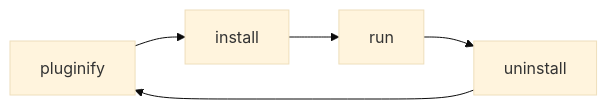
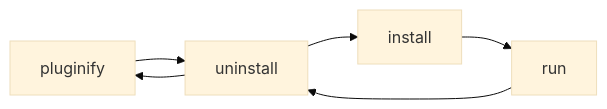
The diagram in README.md (itowlson/spin-pluginify), drawn with Mermaid (base theme) before and after one commit. The commit also changed other lines of this file and 2 other files, not shown here.

````diff
--- a/README.md
+++ b/README.md
@@ -46,7 +46,8 @@
 ```mermaid
 flowchart LR
-    pluginify --> install
+    pluginify --> uninstall
+    uninstall --> install
     install --> run
     run --> uninstall
     uninstall --> pluginify
 ```
````
